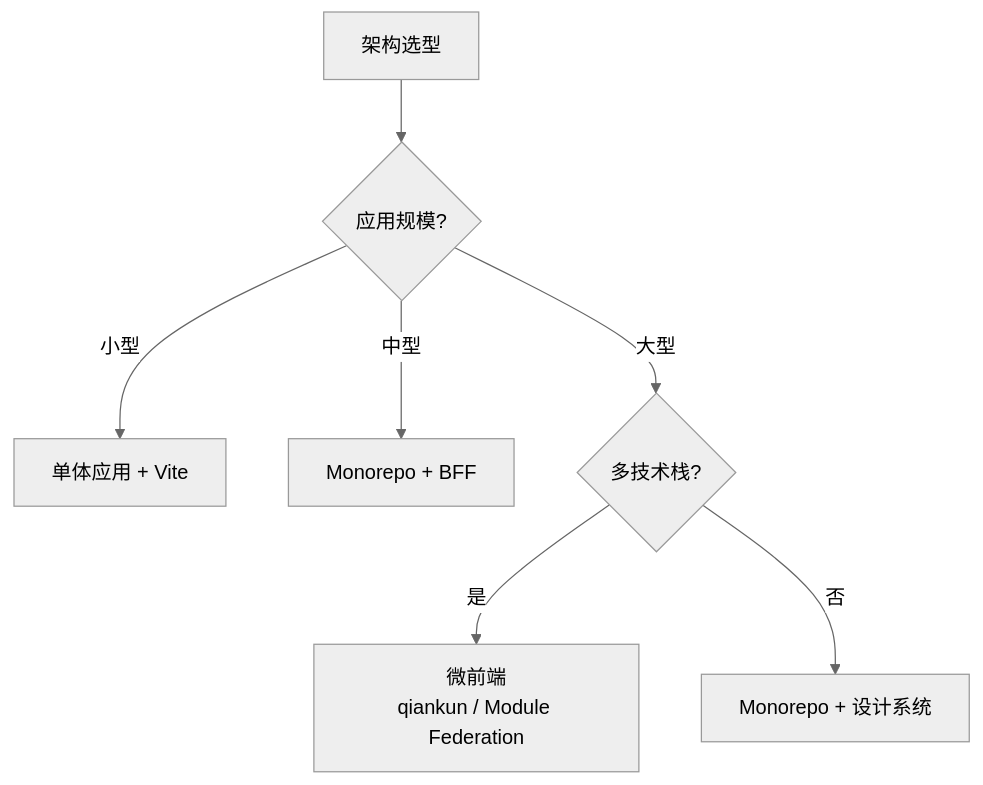
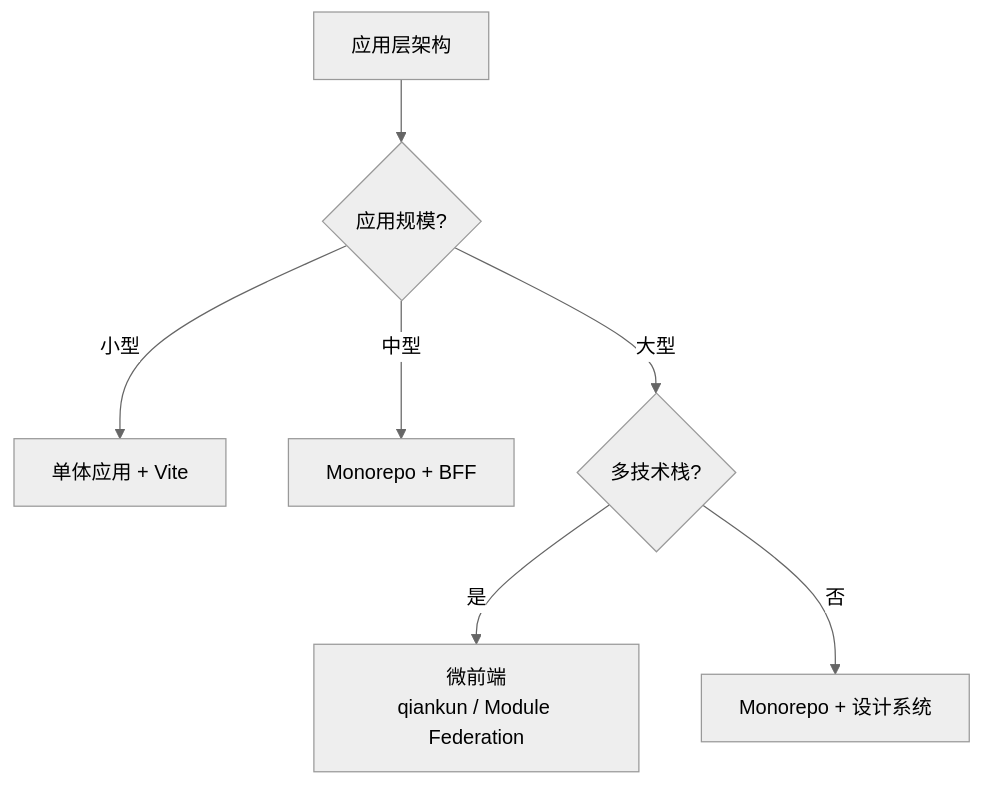
One commit to wb04307201/wb04307201 changed the diagram in note/09.front-end/05-architecture/README.md. Above: the diagram before and after it, drawn with Mermaid (neutral theme). The commit also changed other lines of this file and 8 other files, not shown here.

````diff
--- a/note/09.front-end/05-architecture/README.md
+++ b/note/09.front-end/05-architecture/README.md
@@ -52,9 +40,9 @@
 ```mermaid
 flowchart TD
-    A[架构选型] --> B{应用规模?}
+    A[应用层架构] --> B{应用规模?}
     B -->|小型| C[单体应用 + Vite]
     B -->|中型| D[Monorepo + BFF]
     B -->|大型| E{多技术栈?}
     E -->|是| F[微前端<br/>qiankun / Module Federation]
     E -->|否| G[Monorepo + 设计系统]
 ```
````
